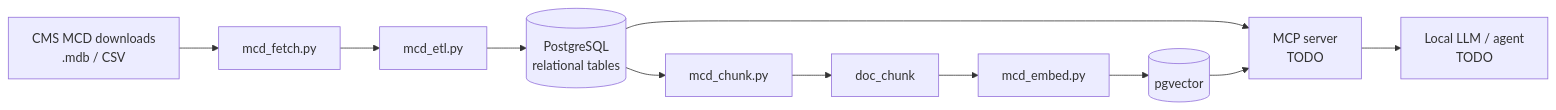
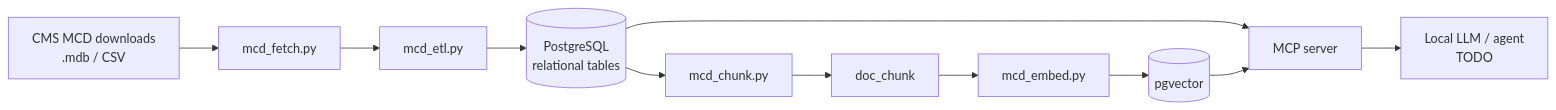
The diagram in README.md (barrett7212/medicare-coverage-rag), drawn with Mermaid before and after one commit. The commit also changed other lines of this file and 2 other files, not shown here.

Commit message:
Add MCP server implementation and requirements for Medicare Coverage Database

````diff
--- a/README.md
+++ b/README.md
@@ -47,13 +47,13 @@
 ```mermaid
 flowchart LR
     A[CMS MCD downloads<br/>.mdb / CSV] --> B[mcd_fetch.py]
     B --> C[mcd_etl.py]
     C --> D[(PostgreSQL<br/>relational tables)]
     D --> E[mcd_chunk.py]
     E --> F[doc_chunk]
     F --> G[mcd_embed.py]
     G --> H[(pgvector)]
-    D --> I[MCP server<br/>TODO]
+    D --> I[MCP server]
     H --> I
     I --> J[Local LLM / agent<br/>TODO]
 ```
````
